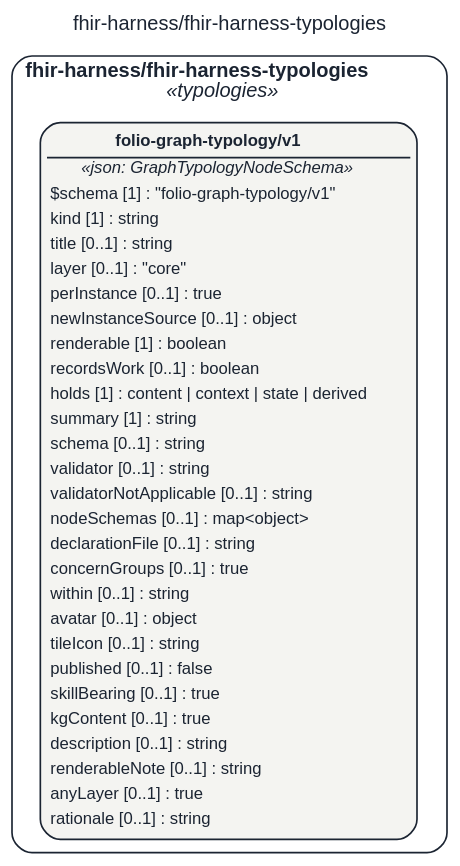
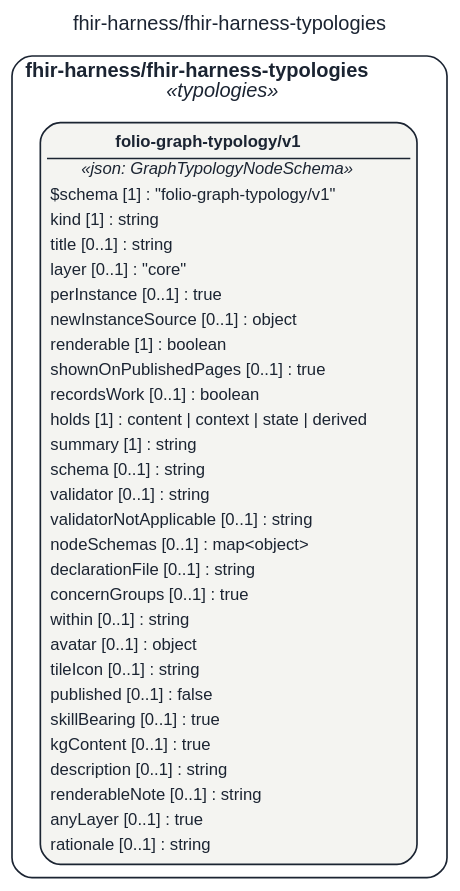
The diagram in STAGING/claude-repin-layers-green/assets/img/uml/overview/fhir-harness/fhir-harness-typologies.dot (litlfred/folio-assistant), drawn with Graphviz before and after one commit. The commit also changed 11268 other files, not shown here.

```diff
--- a/STAGING/claude-repin-layers-green/assets/img/uml/overview/fhir-harness/fhir-harness-typologies.dot
+++ b/STAGING/claude-repin-layers-green/assets/img/uml/overview/fhir-harness/fhir-harness-typologies.dot
@@ -1,11 +1,11 @@
 // GENERATED by cat-harness-tools/scripts/gen-uml-overview.ts — do not edit.
 // Rendered page (interactive view, same model): https://litlfred.github.io/folio-assistant/uml/overview/fhir-harness/fhir-harness-typologies.html
 digraph "fhir_harness_fhir_harness_typologies" {
   graph [label="fhir-harness/fhir-harness-typologies", labelloc=t, fontname="Helvetica", fontsize=12, fontcolor="#1b2432", newrank=true, ratio=auto, nodesep=0.3, ranksep=0.5, bgcolor="transparent"];
   node [shape=box, style="rounded,filled", margin=0.05, fontname="Helvetica", fontsize=10, color="#1b2432", fontcolor="#1b2432"];
   edge [color="#1b2432", fontcolor="#1b2432", fontname="Helvetica", fontsize=9];
   subgraph "cluster_pkg_fhir_harness_fhir_harness_typologies" {
     label=<<b>fhir-harness/fhir-harness-typologies</b><br/><i>«typologies»</i>>; style="rounded"; color="#1b2432"; class="fa_uml_subgraph";
-    "fhir_harness_fhir_harness_typologies_folio_graph_typology_v1_folio_graph_typology_v1" [fillcolor="#f4f4f1", class="fa_uml_kind_typologies", label=<<table border="0" cellborder="0" cellspacing="0" cellpadding="2"><tr><td border="1" sides="b"><b>folio-graph-typology/v1</b></td></tr><tr><td><i>«json: GraphTypologyNodeSchema»</i></td></tr><tr><td align="left">$schema [1] : &quot;folio-graph-typology/v1&quot;</td></tr><tr><td align="left">kind [1] : string</td></tr><tr><td align="left">title [0..1] : string</td></tr><tr><td align="left">layer [0..1] : &quot;core&quot;</td></tr><tr><td align="left">perInstance [0..1] : true</td></tr><tr><td align="left">newInstanceSource [0..1] : object</td></tr><tr><td align="left">renderable [1] : boolean</td></tr><tr><td align="left">recordsWork [0..1] : boolean</td></tr><tr><td align="left">holds [1] : content | context | state | derived</td></tr><tr><td align="left">summary [1] : string</td></tr><tr><td align="left">schema [0..1] : string</td></tr><tr><td align="left">validator [0..1] : string</td></tr><tr><td align="left">validatorNotApplicable [0..1] : string</td></tr><tr><td align="left">nodeSchemas [0..1] : map&lt;object&gt;</td></tr><tr><td align="left">declarationFile [0..1] : string</td></tr><tr><td align="left">concernGroups [0..1] : true</td></tr><tr><td align="left">within [0..1] : string</td></tr><tr><td align="left">avatar [0..1] : object</td></tr><tr><td align="left">tileIcon [0..1] : string</td></tr><tr><td align="left">published [0..1] : false</td></tr><tr><td align="left">skillBearing [0..1] : true</td></tr><tr><td align="left">kgContent [0..1] : true</td></tr><tr><td align="left">description [0..1] : string</td></tr><tr><td align="left">renderableNote [0..1] : string</td></tr><tr><td align="left">anyLayer [0..1] : true</td></tr><tr><td align="left">rationale [0..1] : string</td></tr></table>>];
+    "fhir_harness_fhir_harness_typologies_folio_graph_typology_v1_folio_graph_typology_v1" [fillcolor="#f4f4f1", class="fa_uml_kind_typologies", label=<<table border="0" cellborder="0" cellspacing="0" cellpadding="2"><tr><td border="1" sides="b"><b>folio-graph-typology/v1</b></td></tr><tr><td><i>«json: GraphTypologyNodeSchema»</i></td></tr><tr><td align="left">$schema [1] : &quot;folio-graph-typology/v1&quot;</td></tr><tr><td align="left">kind [1] : string</td></tr><tr><td align="left">title [0..1] : string</td></tr><tr><td align="left">layer [0..1] : &quot;core&quot;</td></tr><tr><td align="left">perInstance [0..1] : true</td></tr><tr><td align="left">newInstanceSource [0..1] : object</td></tr><tr><td align="left">renderable [1] : boolean</td></tr><tr><td align="left">shownOnPublishedPages [0..1] : true</td></tr><tr><td align="left">recordsWork [0..1] : boolean</td></tr><tr><td align="left">holds [1] : content | context | state | derived</td></tr><tr><td align="left">summary [1] : string</td></tr><tr><td align="left">schema [0..1] : string</td></tr><tr><td align="left">validator [0..1] : string</td></tr><tr><td align="left">validatorNotApplicable [0..1] : string</td></tr><tr><td align="left">nodeSchemas [0..1] : map&lt;object&gt;</td></tr><tr><td align="left">declarationFile [0..1] : string</td></tr><tr><td align="left">concernGroups [0..1] : true</td></tr><tr><td align="left">within [0..1] : string</td></tr><tr><td align="left">avatar [0..1] : object</td></tr><tr><td align="left">tileIcon [0..1] : string</td></tr><tr><td align="left">published [0..1] : false</td></tr><tr><td align="left">skillBearing [0..1] : true</td></tr><tr><td align="left">kgContent [0..1] : true</td></tr><tr><td align="left">description [0..1] : string</td></tr><tr><td align="left">renderableNote [0..1] : string</td></tr><tr><td align="left">anyLayer [0..1] : true</td></tr><tr><td align="left">rationale [0..1] : string</td></tr></table>>];
   }
 }
```
